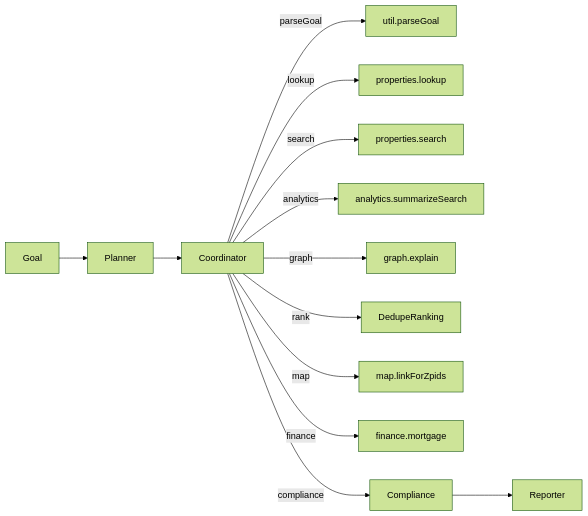
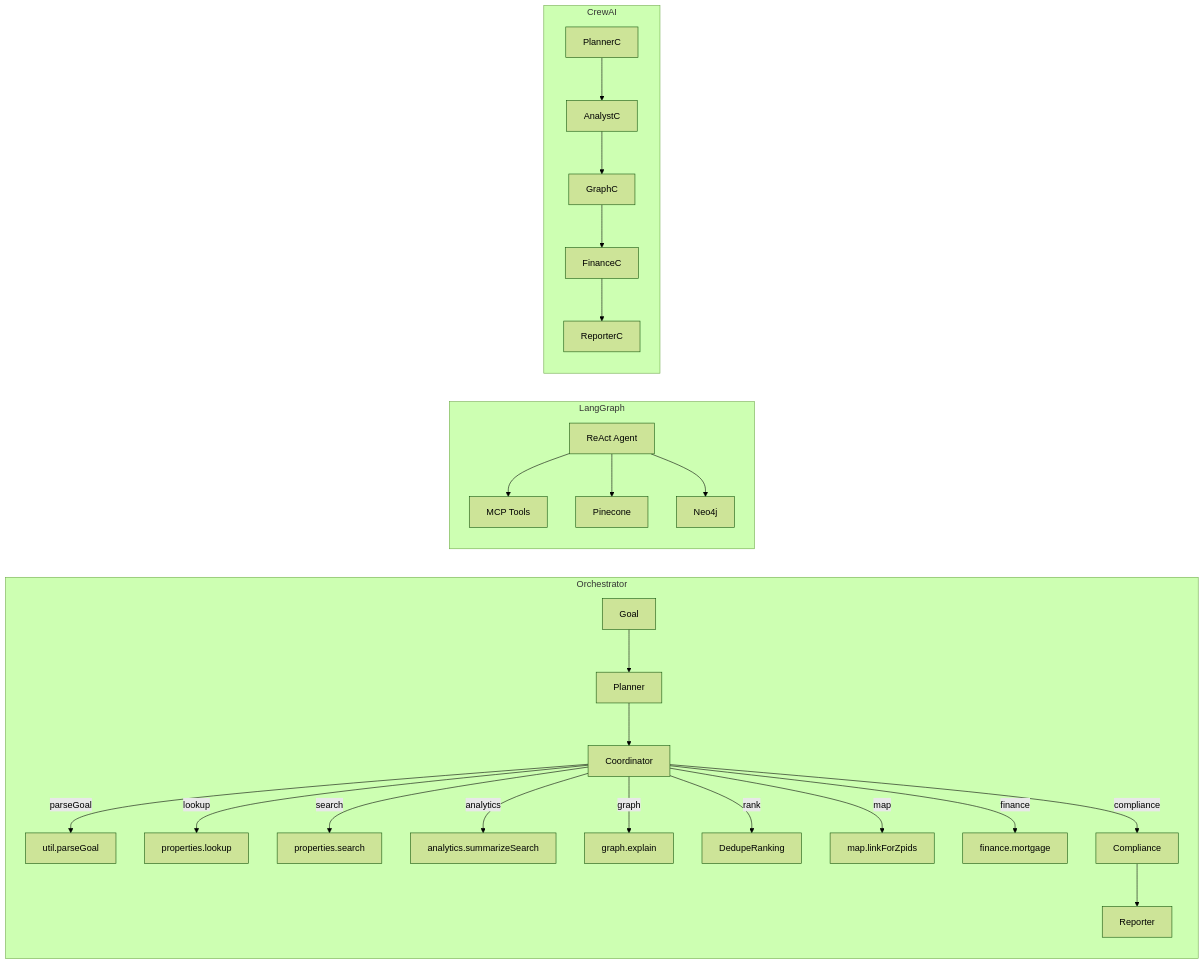
Before and after one commit to joonseolee/EstateWise-Chapel-Hill-Chatbot: the fourth of 4 diagrams in README.md, drawn with Mermaid (forest theme). The commit also changed other lines of this file and 18 other files, not shown here.

````diff
--- a/README.md
+++ b/README.md
@@ -1161,14 +1176,26 @@
 ```mermaid
 flowchart LR
+    subgraph Orchestrator
     Goal --> Planner --> Coordinator
     Coordinator -->|parseGoal| UPG["util.parseGoal"]
     Coordinator -->|lookup| PL["properties.lookup"]
     Coordinator -->|search| PS["properties.search"]
     Coordinator -->|analytics| AS["analytics.summarizeSearch"]
     Coordinator -->|graph| GE["graph.explain"]
     Coordinator -->|rank| DR["DedupeRanking"]
     Coordinator -->|map| MLZ["map.linkForZpids"]
     Coordinator -->|finance| FM["finance.mortgage"]
     Coordinator -->|compliance| Compliance
     Compliance --> Reporter
+    end
+
+    subgraph LangGraph
+    LG[ReAct Agent] --> MCP[MCP Tools]
+    LG --> Pinecone
+    LG --> Neo4j
+    end
+
+    subgraph CrewAI
+    PlannerC --> AnalystC --> GraphC --> FinanceC --> ReporterC
+    end
 ```
````
